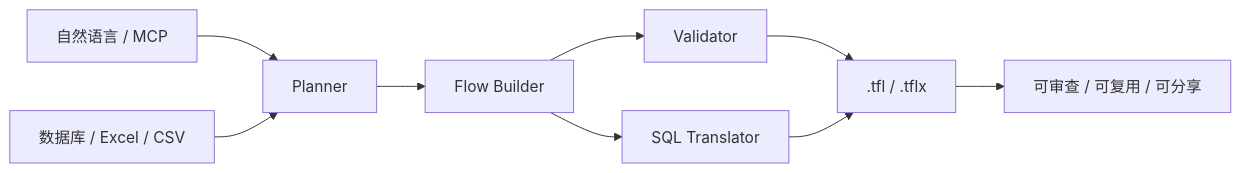
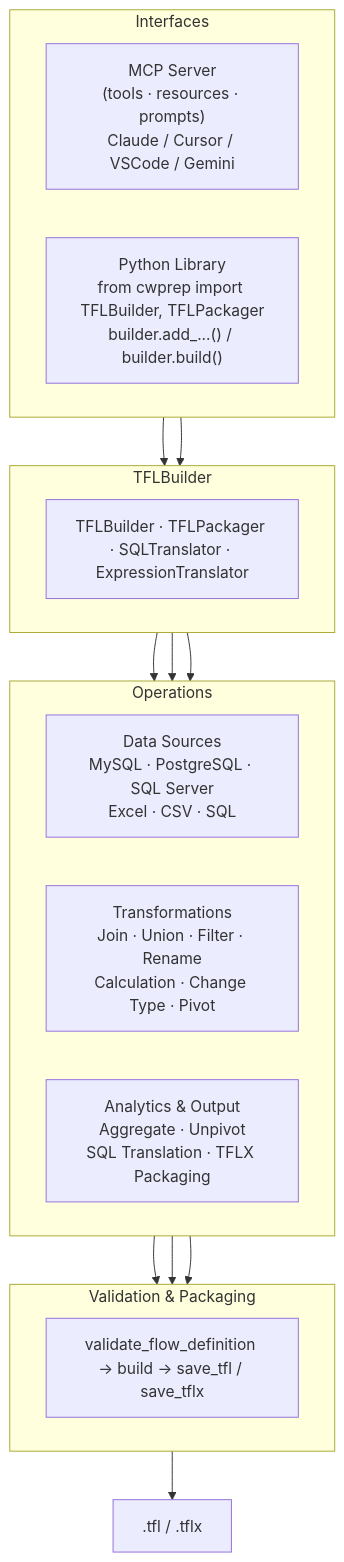
The first of 2 diagrams in slides.md (imgwho/datacooper-tug-share), drawn with Mermaid before and after one commit. The commit also changed other lines of this file and 3 other files, not shown here.

Commit message:
更新内容，架构图等

````diff
--- a/slides.md
+++ b/slides.md
@@ -217,11 +217,37 @@
 ```mermaid
-flowchart LR
-  A["自然语言 / MCP"] --> B["Planner"]
-  C["数据库 / Excel / CSV"] --> B
-  B --> D["Flow Builder"]
-  D --> E["Validator"]
-  D --> F["SQL Translator"]
-  E --> G[".tfl / .tflx"]
-  F --> G
-  G --> H["可审查 / 可复用 / 可分享"]
+flowchart TD
+  subgraph Interfaces["Interfaces"]
+    direction LR
+    MCP["MCP Server\n(tools · resources · prompts)\nClaude / Cursor / VSCode / Gemini"]
+    PY["Python Library\nfrom cwprep import TFLBuilder, TFLPackager\nbuilder.add_...() / builder.build()"]
+  end
+
+  subgraph Core["TFLBuilder"]
+    direction LR
+    SDK["TFLBuilder · TFLPackager · SQLTranslator · ExpressionTranslator"]
+  end
+
+  subgraph Operations["Operations"]
+    direction LR
+    DS["Data Sources\nMySQL · PostgreSQL · SQL Server\nExcel · CSV · SQL"]
+    TF["Transformations\nJoin · Union · Filter · Rename\nCalculation · Change Type · Pivot"]
+    AN["Analytics & Output\nAggregate · Unpivot\nSQL Translation · TFLX Packaging"]
+  end
+
+  subgraph Validation["Validation & Packaging"]
+    direction LR
+    VL["validate_flow_definition → build → save_tfl / save_tflx"]
+  end
+
+  OUT[".tfl / .tflx"]
+
+  MCP --> Core
+  PY --> Core
+  Core --> DS
+  Core --> TF
+  Core --> AN
+  DS --> VL
+  TF --> VL
+  AN --> VL
+  VL --> OUT
 ```
````
